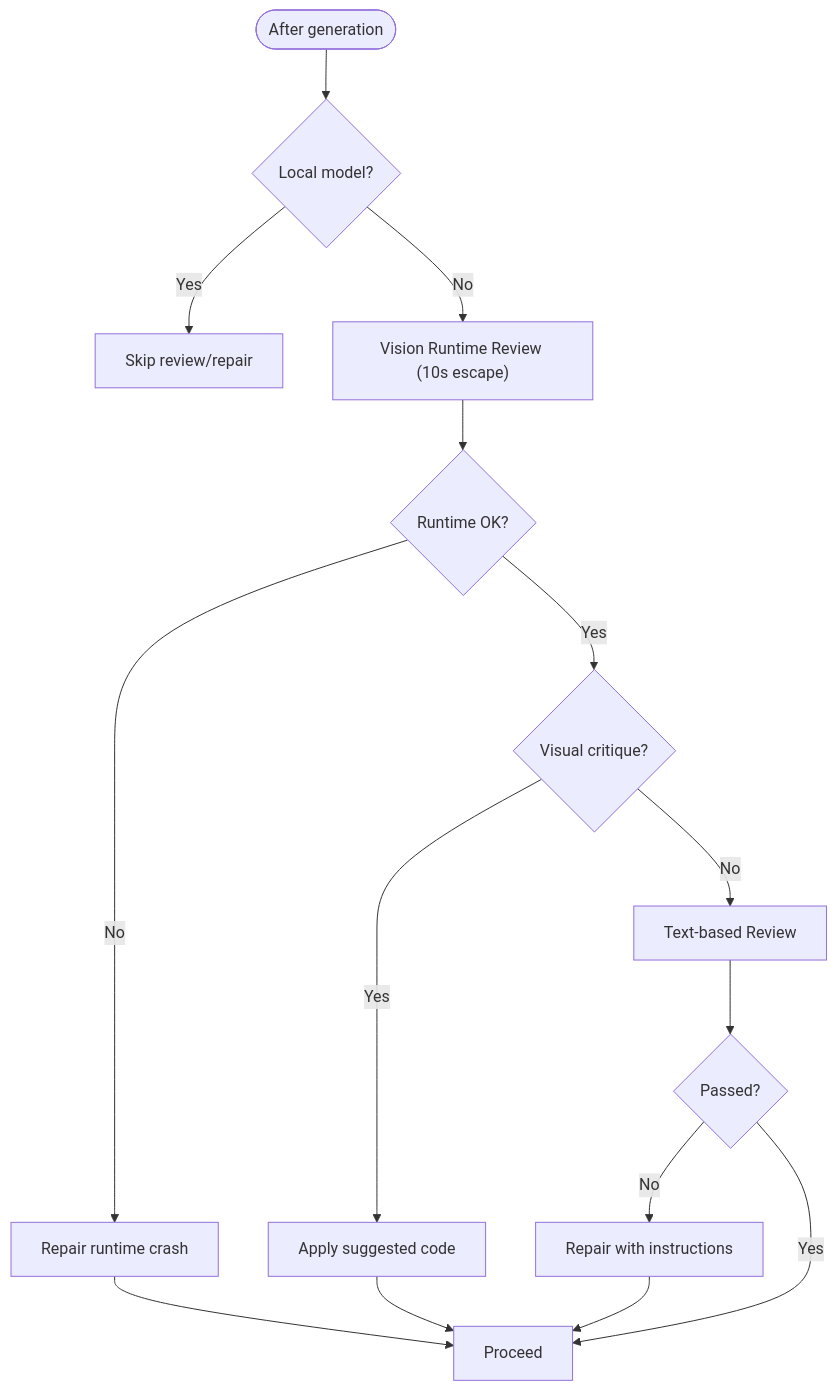
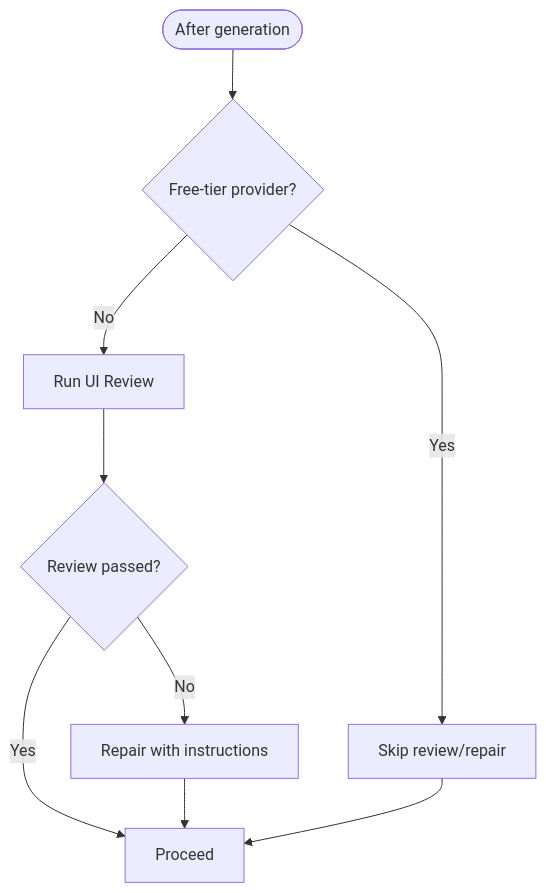
Before and after one commit to shekhargiri005-dotcom/AI-powered-accessibility-first-UI-engine: the fifth of 8 diagrams in .qoder/repowiki/en/content/Architecture & Design/Design Patterns/Pipeline Pattern.md, drawn with Mermaid. The commit also changed other lines of this file and 38 other files, not shown here.

````diff
--- a/.qoder/repowiki/en/content/Architecture & Design/Design Patterns/Pipeline Pattern.md
+++ b/.qoder/repowiki/en/content/Architecture & Design/Design Patterns/Pipeline Pattern.md
@@ -272,17 +289,11 @@
 ```mermaid
 flowchart TD
-Start(["After generation"]) --> Local{"Local model?"}
-Local --> |Yes| Skip["Skip review/repair"]
-Local --> |No| Vision["Vision Runtime Review (10s escape)"]
-Vision --> VisionOK{"Runtime OK?"}
-VisionOK --> |No| RepairRuntime["Repair runtime crash"]
-VisionOK --> |Yes| VisionCritique{"Visual critique?"}
-VisionCritique --> |Yes| ApplySuggested["Apply suggested code"]
-VisionCritique --> |No| TextReview["Text-based Review"]
-TextReview --> Passed{"Passed?"}
-Passed --> |No| RepairText["Repair with instructions"]
+Start(["After generation"]) --> FreeTier{"Free-tier provider?"}
+FreeTier --> |Yes| Skip["Skip review/repair"]
+FreeTier --> |No| Review["Run UI Review"]
+Review --> Passed{"Review passed?"}
 Passed --> |Yes| Done["Proceed"]
-RepairRuntime --> Done
-ApplySuggested --> Done
-RepairText --> Done
+Passed --> |No| Repair["Repair with instructions"]
+Repair --> Done
+Skip --> Done
 ```
````
